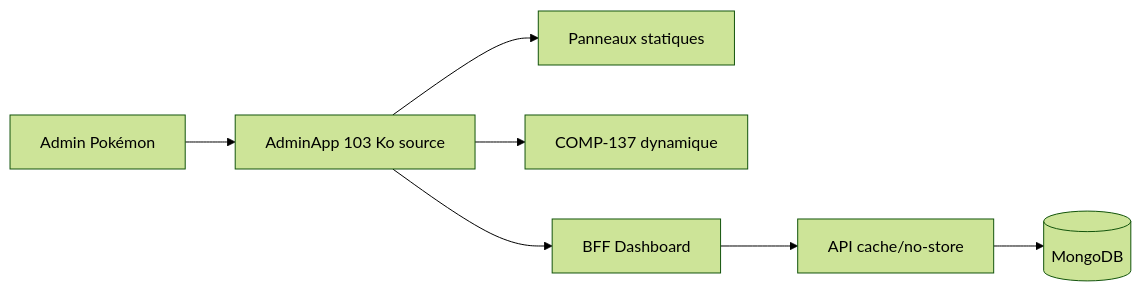
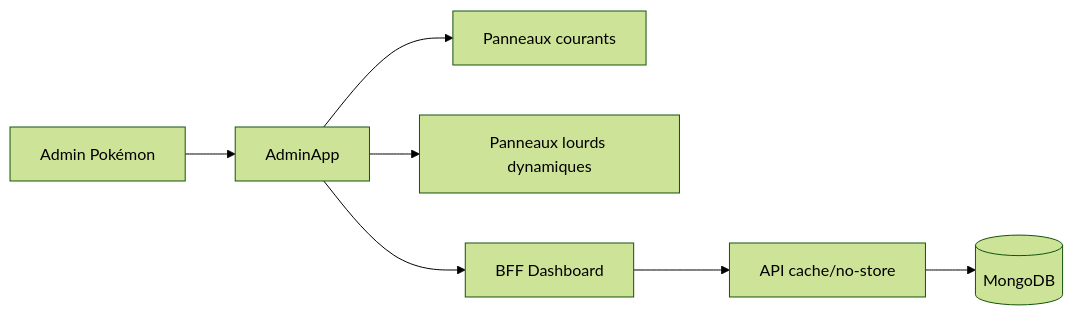
Before and after one commit to Matthieu-Vachet/dashboard_Admin: the diagram in docs/Tome 1 — Foundation (Fondations)/DOC-022-performance.md, drawn with Mermaid (forest theme). The commit also changed other lines of this file and 77 other files, not shown here.

````diff
--- a/docs/Tome 1 — Foundation (Fondations)/DOC-022-performance.md
+++ b/docs/Tome 1 — Foundation (Fondations)/DOC-022-performance.md
@@ -72,9 +72,9 @@
 ```mermaid
 flowchart LR
-  PAGE["Admin Pokémon"] --> APP["AdminApp 103 Ko source"]
-  APP --> STATIC["Panneaux statiques"]
-  APP --> DYNAMIC["COMP-137 dynamique"]
+  PAGE["Admin Pokémon"] --> APP["AdminApp"]
+  APP --> STATIC["Panneaux courants"]
+  APP --> DYNAMIC["Panneaux lourds dynamiques"]
   APP --> BFF["BFF Dashboard"]
   BFF --> API["API cache/no-store"]
   API --> DB[("MongoDB")]
 ```
````
